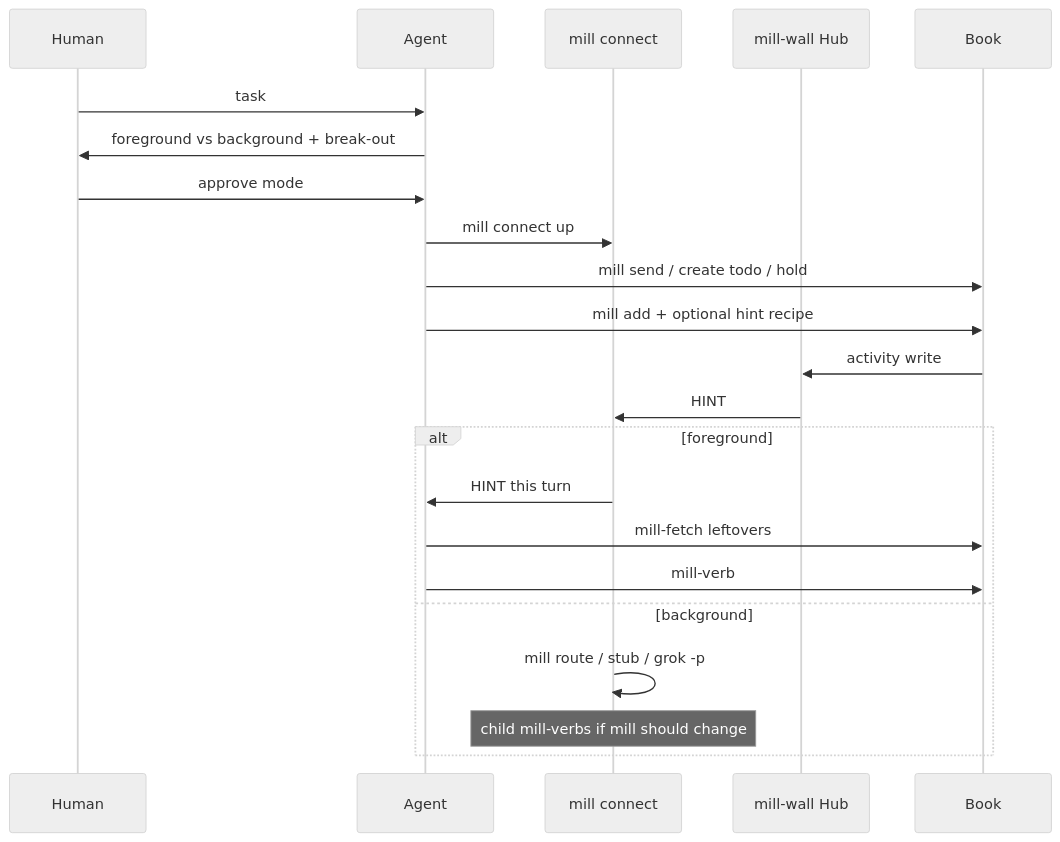
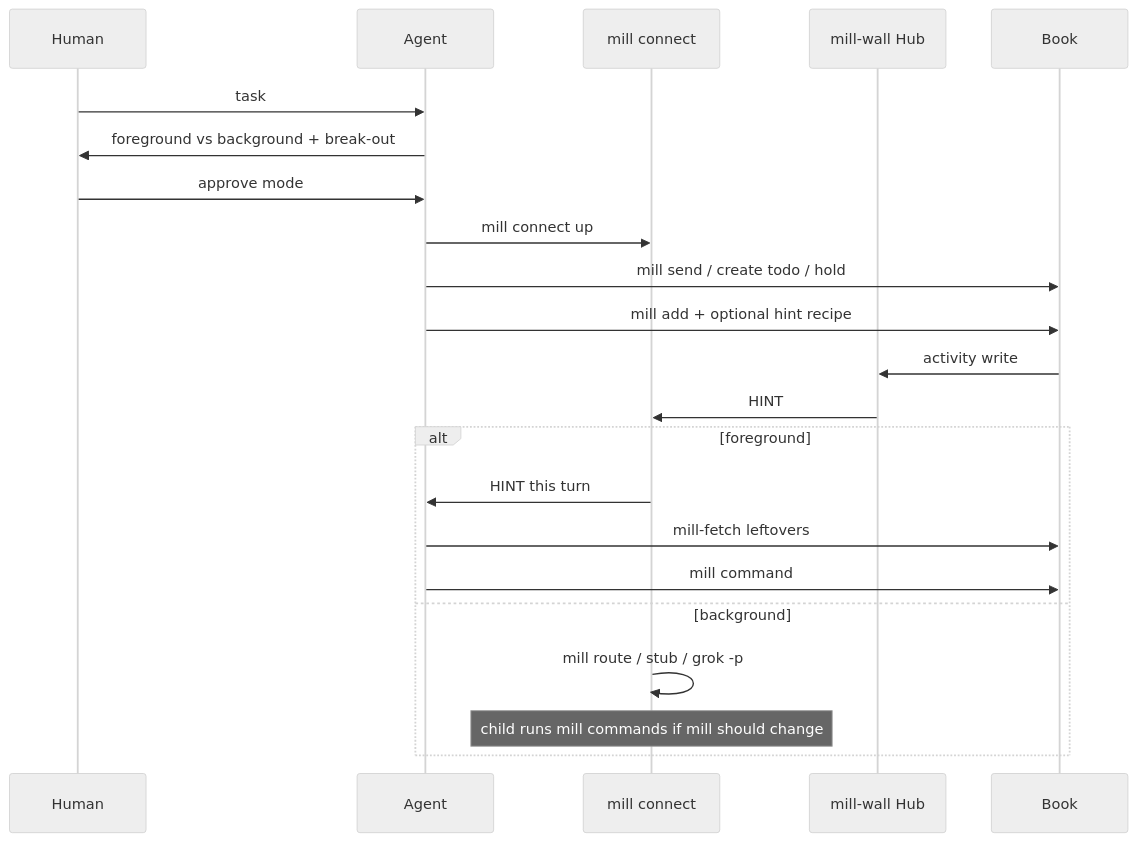
One commit to pyginapithon/the-mill changed the fourth of 4 diagrams in docs/protocol/connect.md. Above: the diagram before and after it, drawn with Mermaid (neutral theme). The commit also changed other lines of this file and 87 other files, not shown here.

Commit message:
docs: say command, not verb

````diff
--- a/docs/protocol/connect.md
+++ b/docs/protocol/connect.md
@@ -103,24 +103,24 @@
 ```mermaid
 sequenceDiagram
   participant Human
   participant Agent
   participant MC as mill connect
   participant Hub as mill-wall Hub
   participant Book
   Human->>Agent: task
   Agent->>Human: foreground vs background + break-out
   Human->>Agent: approve mode
   Agent->>MC: mill connect up
   Agent->>Book: mill send / create todo / hold
   Agent->>Book: mill add + optional hint recipe
   Book->>Hub: activity write
   Hub->>MC: HINT
   alt foreground
     MC->>Agent: HINT this turn
     Agent->>Book: mill-fetch leftovers
-    Agent->>Book: mill-verb
+    Agent->>Book: mill command
   else background
     MC->>MC: mill route / stub / grok -p
-    Note over MC: child mill-verbs if mill should change
+    Note over MC: child runs mill commands if mill should change
   end
 ```
````
